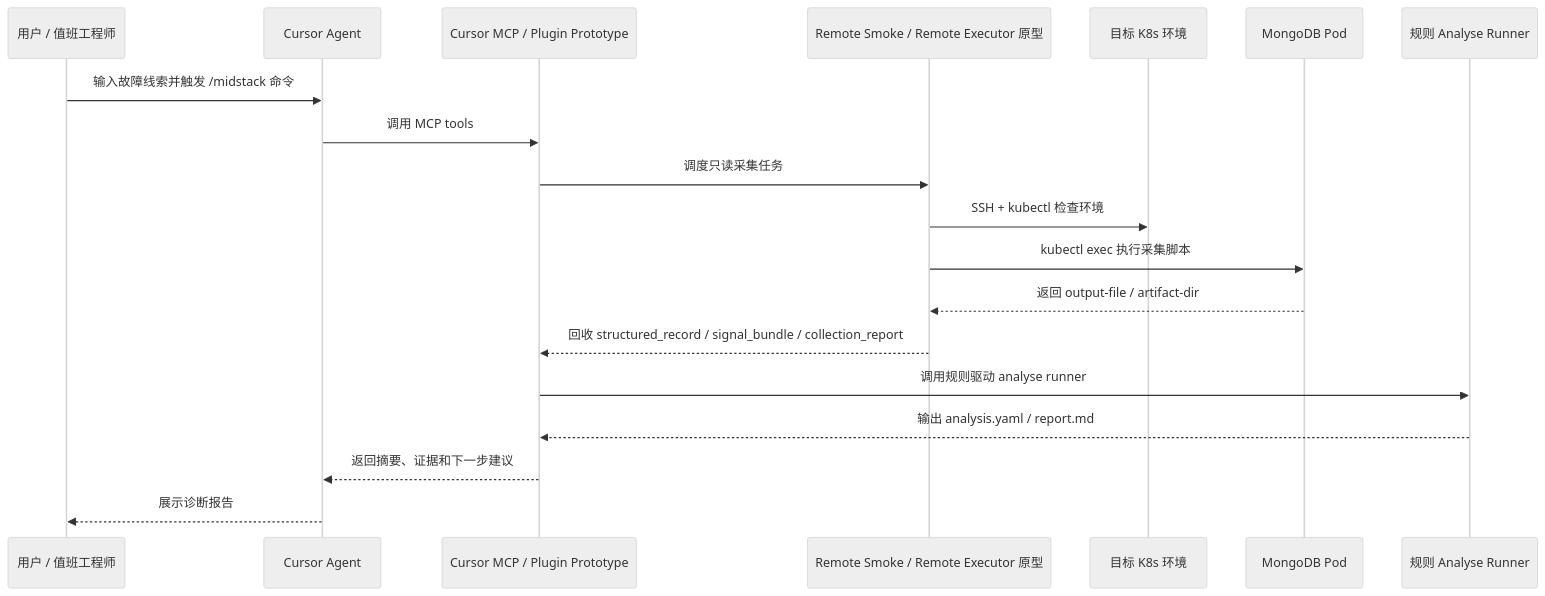
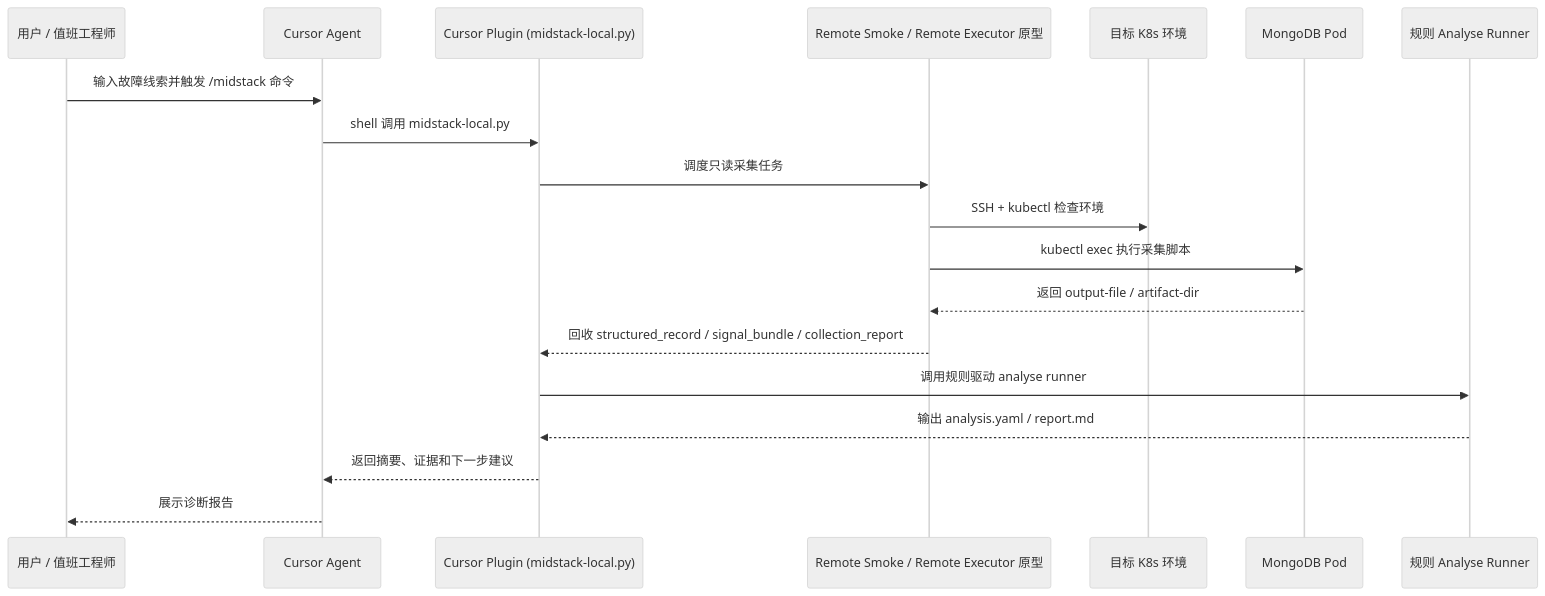
Before and after one commit to yangxianjungree/midstack-triage: the eighth of 11 diagrams in docs/presentation.md, drawn with Mermaid (neutral theme). The commit also changed other lines of this file and 32 other files, not shown here.

First line of the commit message:
Replace Cursor MCP integration with agent-cli plugin and slash-command symlinks.

````diff
--- a/docs/presentation.md
+++ b/docs/presentation.md
@@ -292,22 +292,22 @@
 ```mermaid
 sequenceDiagram
     participant U as 用户 / 值班工程师
     participant A as Cursor Agent
-    participant P as Cursor MCP / Plugin Prototype
+    participant P as Cursor Plugin (midstack-local.py)
     participant R as Remote Smoke / Remote Executor 原型
     participant K as 目标 K8s 环境
     participant M as MongoDB Pod
     participant N as 规则 Analyse Runner
 
     U->>A: 输入故障线索并触发 /midstack 命令
-    A->>P: 调用 MCP tools
+    A->>P: shell 调用 midstack-local.py
     P->>R: 调度只读采集任务
     R->>K: SSH + kubectl 检查环境
     R->>M: kubectl exec 执行采集脚本
     M-->>R: 返回 output-file / artifact-dir
     R-->>P: 回收 structured_record / signal_bundle / collection_report
     P->>N: 调用规则驱动 analyse runner
     N-->>P: 输出 analysis.yaml / report.md
     P-->>A: 返回摘要、证据和下一步建议
     A-->>U: 展示诊断报告
 ```
````
